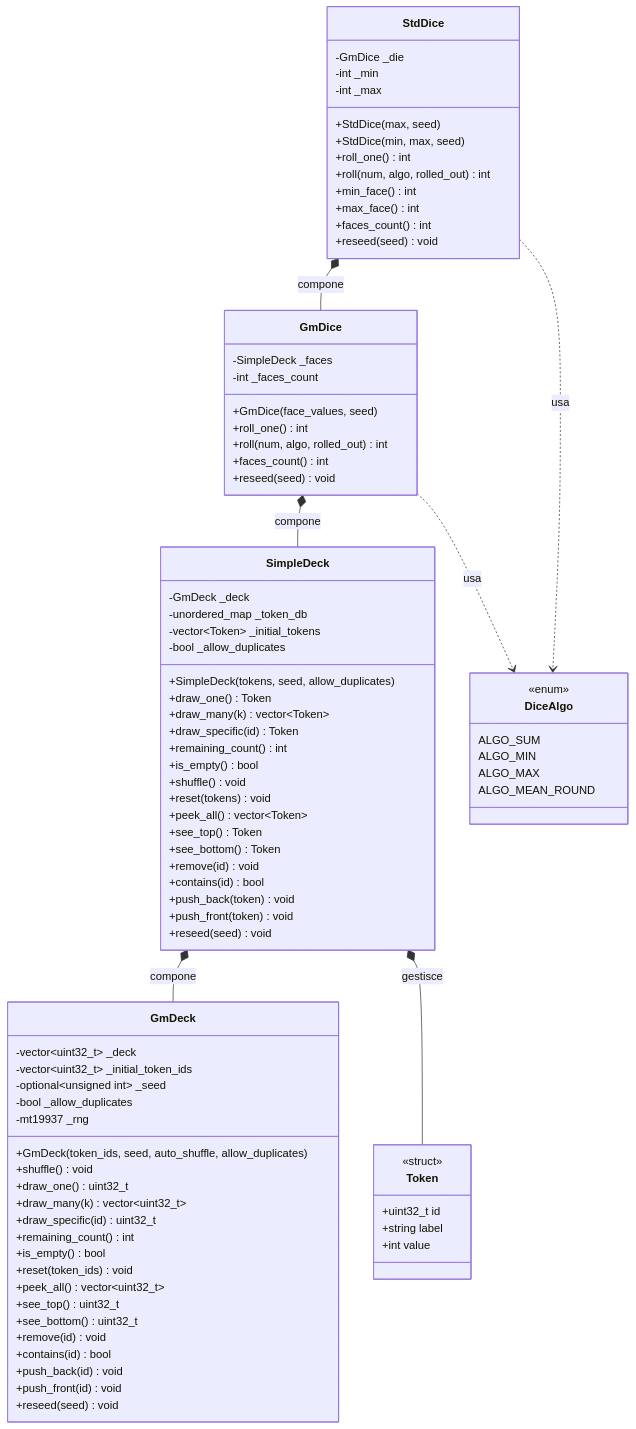
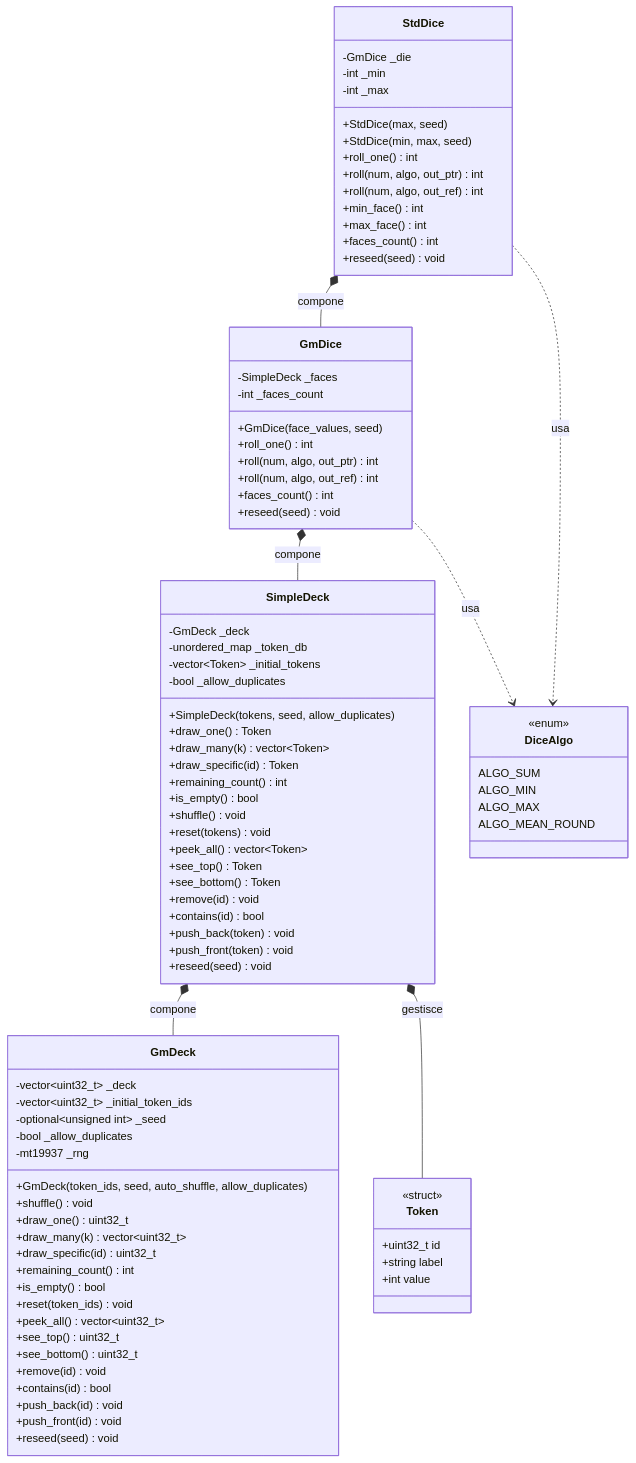
The second of 4 diagrams in gmAlea/gmAlea_API.md (LucaGLT/game_lib), drawn with Mermaid before and after one commit. The commit also changed other lines of this file and 17 other files, not shown here.

```diff
--- a/gmAlea/gmAlea_API.md
+++ b/gmAlea/gmAlea_API.md
@@ -128,7 +129,8 @@
         -int _faces_count
         +GmDice(face_values, seed)
         +roll_one() int
-        +roll(num, algo, rolled_out) int
+        +roll(num, algo, out_ptr) int
+        +roll(num, algo, out_ref) int
         +faces_count() int
         +reseed(seed) void
     }
@@ -140,7 +142,8 @@
         +StdDice(max, seed)
         +StdDice(min, max, seed)
         +roll_one() int
-        +roll(num, algo, rolled_out) int
+        +roll(num, algo, out_ptr) int
+        +roll(num, algo, out_ref) int
         +min_face() int
         +max_face() int
         +faces_count() int
```
